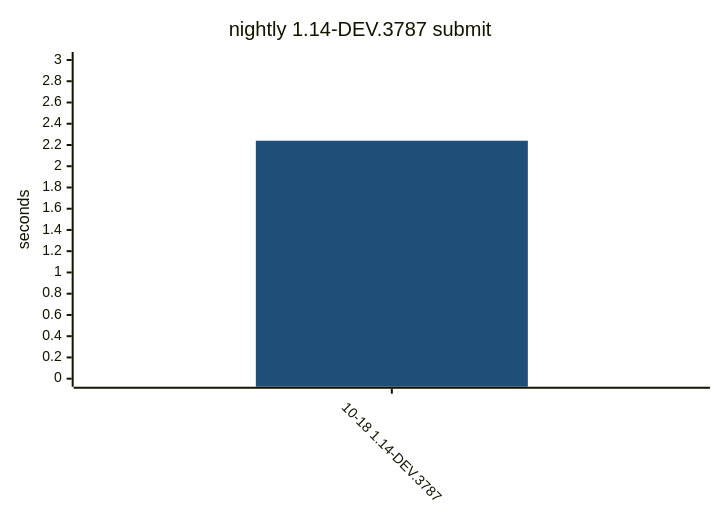
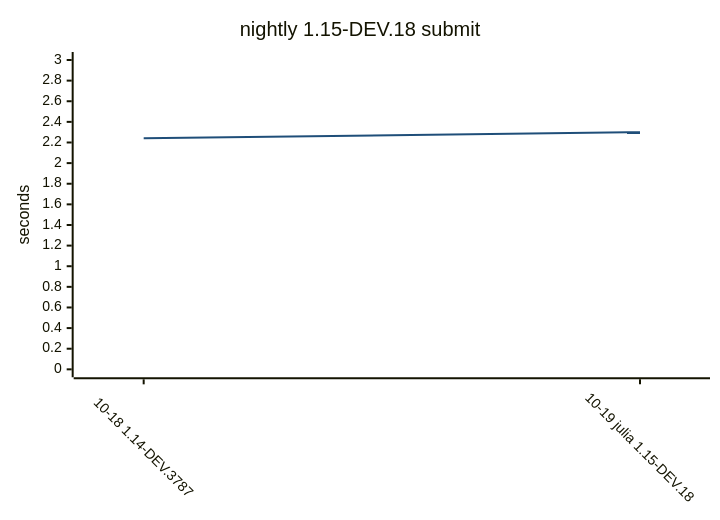
Before and after one commit to yamanori99/DistSSHQueue.jl: diagram 13 of 15 in README.md, drawn with Mermaid. The commit also changed other lines of this file and 1 other file, not shown here.

Commit message:
Record compile bench for nightly.

````diff
--- a/README.md
+++ b/README.md
@@ -444,17 +448,17 @@
 ```mermaid
 ---
 config:
   theme: base
   themeVariables:
     xyChart:
       plotColorPalette: "#1f4e79"
   xyChart:
     xAxis:
       labelRotation: 45
 ---
 xychart-beta
-    title "nightly 1.14-DEV.3787 submit"
-    x-axis ["10-18 1.14-DEV.3787"]
+    title "nightly 1.15-DEV.18 submit"
+    x-axis ["10-18 1.14-DEV.3787", "10-19 julia 1.15-DEV.18"]
     y-axis "seconds" 0 --> 3
-    bar [2.24]
+    line [2.24, 2.3]
 ```
````
